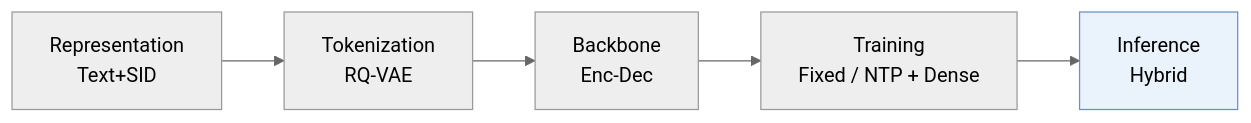
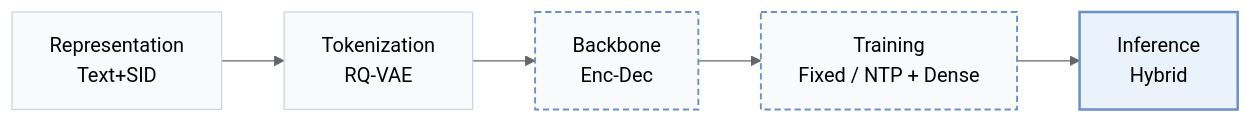
Before and after one commit to Galaxy-ghost/Awesome-SID-Generative-Rec: the first of 3 diagrams in pages/papers/liger.md, drawn with Mermaid (neutral theme). The commit also changed other lines of this file and 649 other files, not shown here.

Commit message:
writer-05: also tags and modality index (schema, check, build, visuals); summary field removed; calibration data for 12 papers

````diff
--- a/pages/papers/liger.md
+++ b/pages/papers/liger.md
@@ -13,6 +15,10 @@
 ```mermaid
 flowchart LR
     R["Representation<br/>Text+SID"] --> T["Tokenization<br/>RQ-VAE"] --> B["Backbone<br/>Enc-Dec"] --> TR["Training<br/>Fixed / NTP + Dense"] --> I["Inference<br/>Hybrid"]
-    classDef main fill:#eaf2fb,stroke:#6b8fc7
+    classDef base fill:#f8fafc,stroke:#cbd5e1
+    class R,T,B,TR,I base
+    classDef also fill:#f8fafc,stroke:#6b8fc7,stroke-width:1.5px,stroke-dasharray:5 3
+    class B,TR also
+    classDef main fill:#eaf2fb,stroke:#6b8fc7,stroke-width:2px
     class I main
 ```
````
